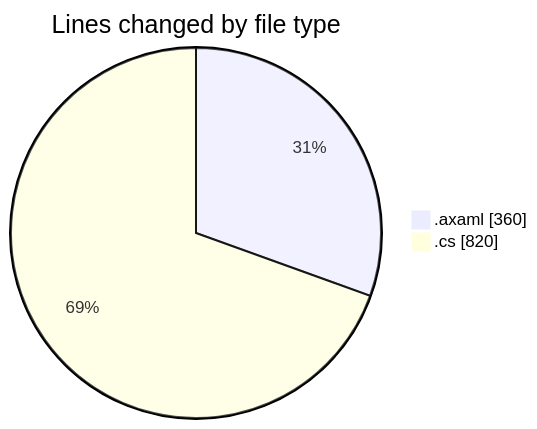
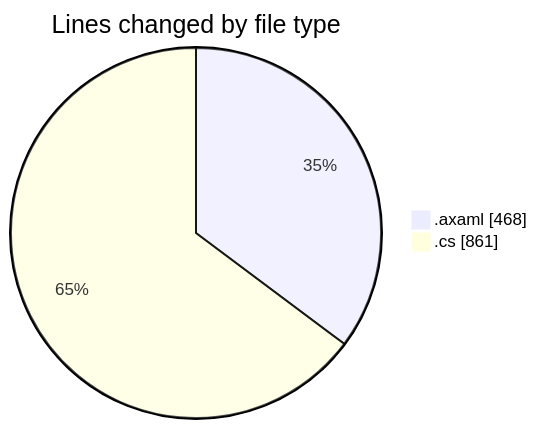
One commit to Netris89/code-tracking changed the first of 2 diagrams in 2025-11-01/skintrack/README.md. Above: the diagram before and after it, drawn with Mermaid. The commit also changed other lines of this file and 1 other file, not shown here.

````diff
--- a/2025-11-01/skintrack/README.md
+++ b/2025-11-01/skintrack/README.md
@@ -26,6 +26,6 @@
 ```mermaid
 pie showData
 title Lines changed by file type
-".axaml" : 360
-".cs" : 820
+".axaml" : 468
+".cs" : 861
 ```
````
